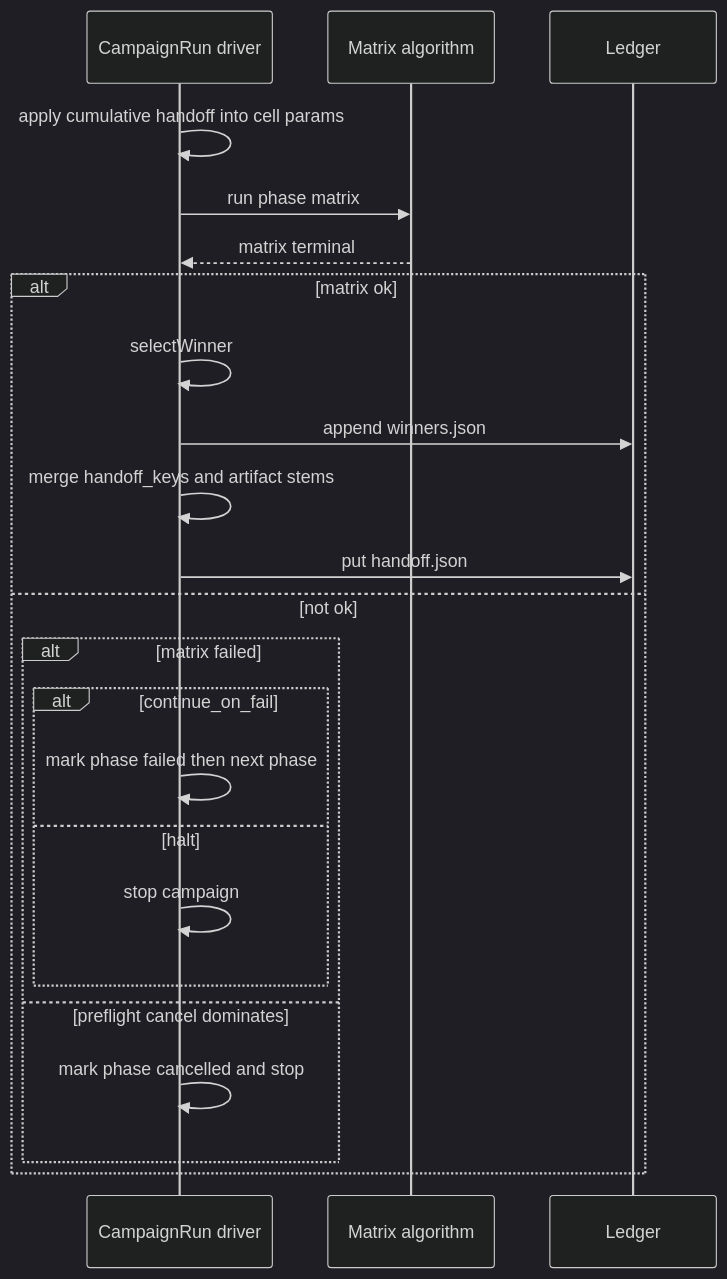
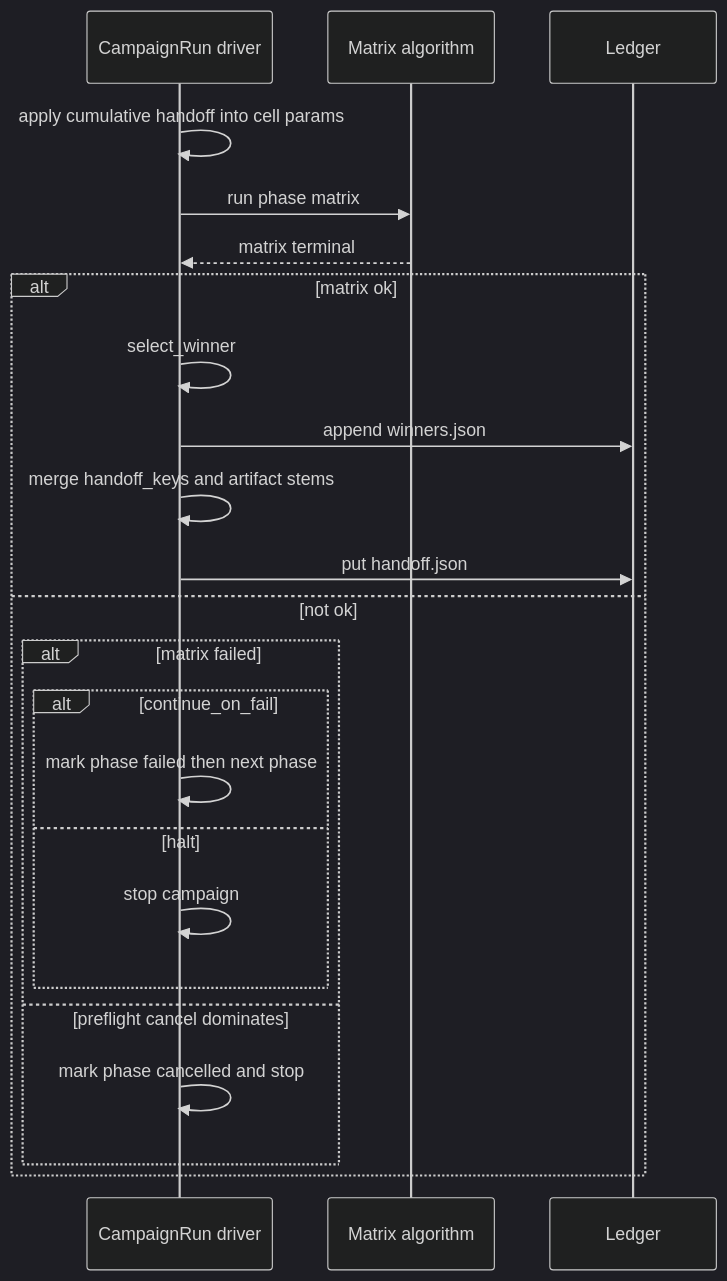
The sixth of 7 diagrams in docs/lifecycle.md (Dev-DanielR/bench-run), drawn with Mermaid (dark theme) before and after one commit. The commit also changed other lines of this file and 68 other files, not shown here.

````diff
--- a/docs/lifecycle.md
+++ b/docs/lifecycle.md
@@ -214,26 +214,26 @@
 ```mermaid
 sequenceDiagram
     participant Camp as CampaignRun driver
     participant Matrix as Matrix algorithm
     participant Ledger
 
     Camp->>Camp: apply cumulative handoff into cell params
     Camp->>Matrix: run phase matrix
     Matrix-->>Camp: matrix terminal
     alt matrix ok
-        Camp->>Camp: selectWinner
+        Camp->>Camp: select_winner
         Camp->>Ledger: append winners.json
         Camp->>Camp: merge handoff_keys and artifact stems
         Camp->>Ledger: put handoff.json
     else not ok
         alt matrix failed
             alt continue_on_fail
                 Camp->>Camp: mark phase failed then next phase
             else halt
                 Camp->>Camp: stop campaign
             end
         else preflight cancel dominates
             Camp->>Camp: mark phase cancelled and stop
         end
     end
 ```
````
